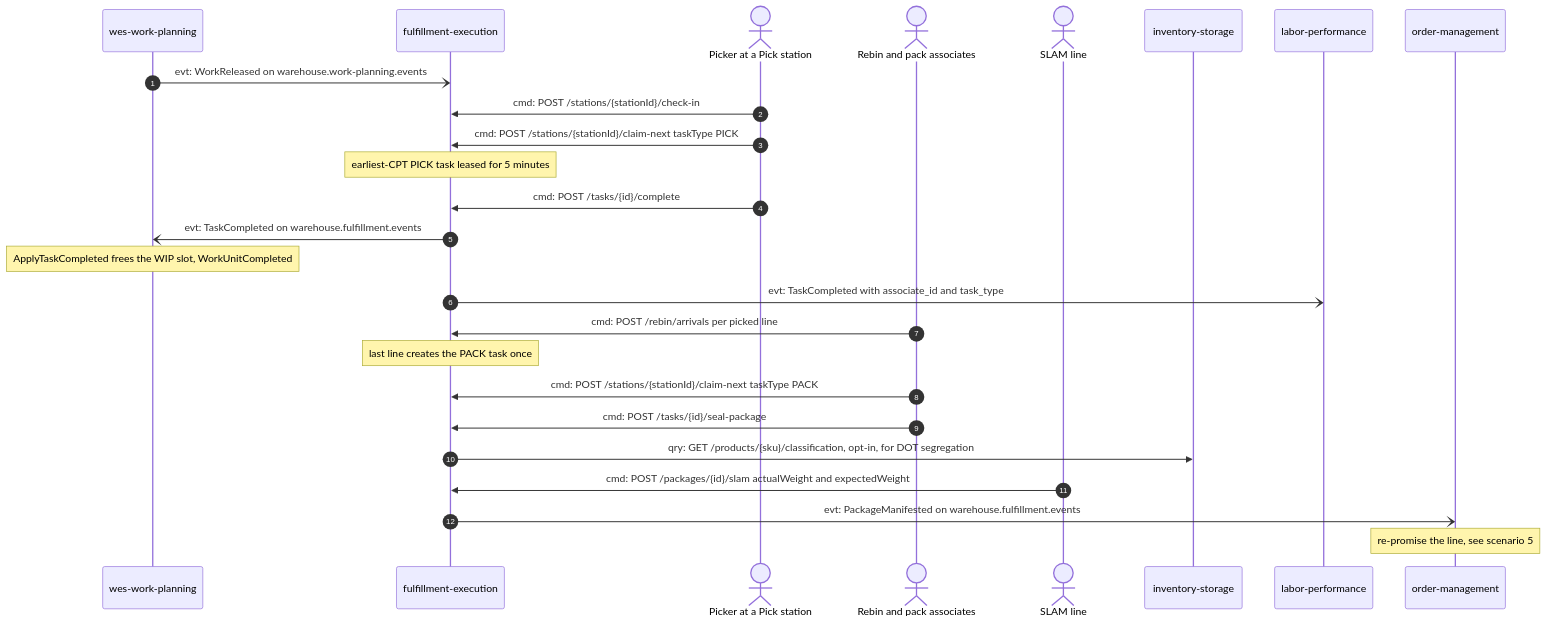
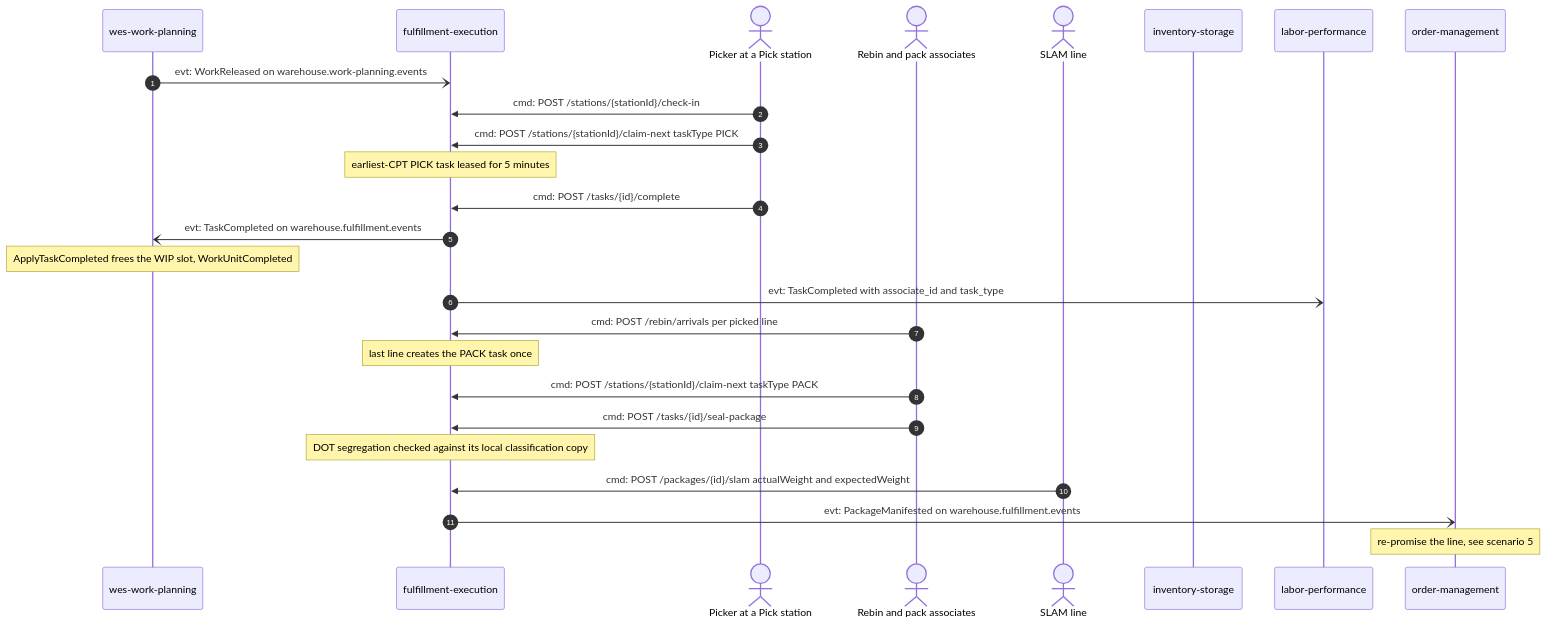
Before and after one commit to IQVO/warehouse-docs: the third of 10 diagrams in docs/strategic-design/domain-message-flows.md, drawn with Mermaid. The commit also changed other lines of this file and 2 other files, not shown here.

First line of the commit message:
docs(strategic-design): message flows, big picture EventStorming and ubiquitous language read classification from local copies

````diff
--- a/docs/strategic-design/domain-message-flows.md
+++ b/docs/strategic-design/domain-message-flows.md
@@ -166,28 +173,28 @@
 ```mermaid
 sequenceDiagram
     autonumber
     participant WP as wes-work-planning
     participant FE as fulfillment-execution
     actor Picker as Picker at a Pick station
     actor Packer as Rebin and pack associates
     actor Slam as SLAM line
     participant INV as inventory-storage
     participant LP as labor-performance
     participant OM as order-management
     WP-)FE: evt: WorkReleased on warehouse.work-planning.events
     Picker->>FE: cmd: POST /stations/{stationId}/check-in
     Picker->>FE: cmd: POST /stations/{stationId}/claim-next taskType PICK
     Note over FE: earliest-CPT PICK task leased for 5 minutes
     Picker->>FE: cmd: POST /tasks/{id}/complete
     FE-)WP: evt: TaskCompleted on warehouse.fulfillment.events
     Note over WP: ApplyTaskCompleted frees the WIP slot, WorkUnitCompleted
     FE-)LP: evt: TaskCompleted with associate_id and task_type
     Packer->>FE: cmd: POST /rebin/arrivals per picked line
     Note over FE: last line creates the PACK task once
     Packer->>FE: cmd: POST /stations/{stationId}/claim-next taskType PACK
     Packer->>FE: cmd: POST /tasks/{id}/seal-package
-    FE->>INV: qry: GET /products/{sku}/classification, opt-in, for DOT segregation
+    Note over FE: DOT segregation checked against its local classification copy
     Slam->>FE: cmd: POST /packages/{id}/slam actualWeight and expectedWeight
     FE-)OM: evt: PackageManifested on warehouse.fulfillment.events
     Note over OM: re-promise the line, see scenario 5
 ```
````
